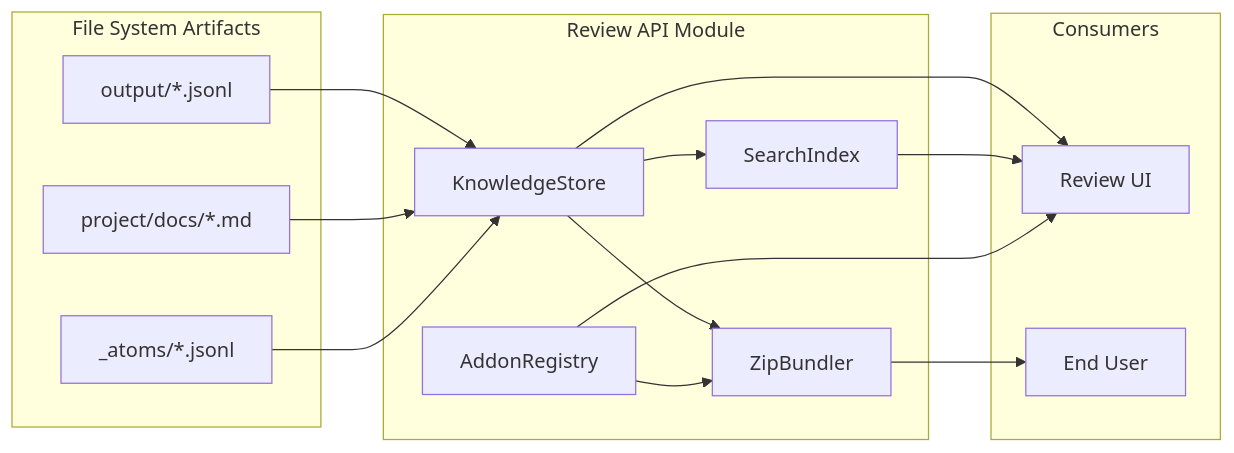
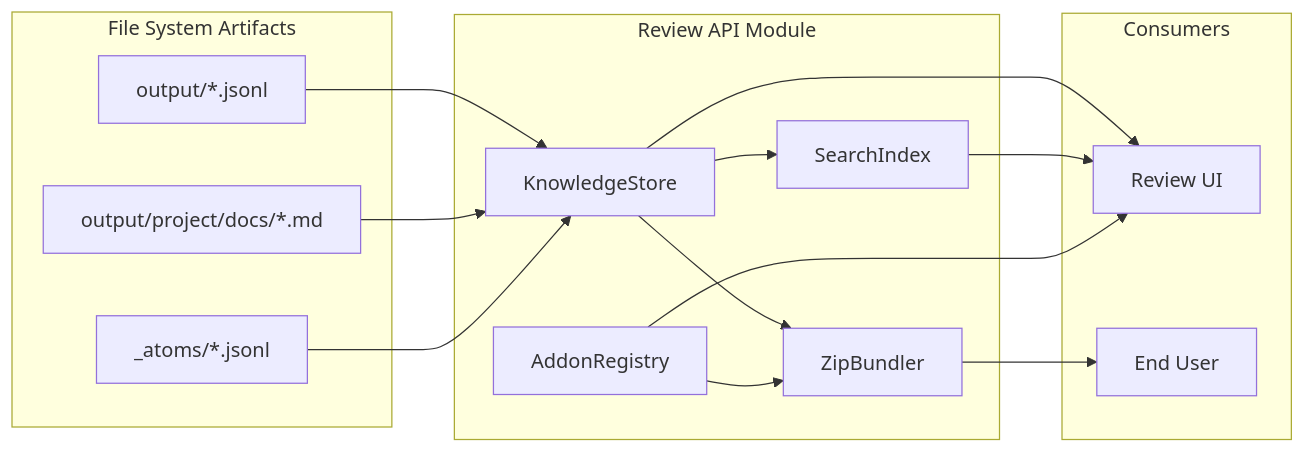
One commit to smwitkowski/chatgpt-conversation-knowledge-exporter changed the second of 2 diagrams in docs/review-api.md. Above: the diagram before and after it, drawn with Mermaid. The commit also changed other lines of this file and 64 other files, not shown here.

````diff
--- a/docs/review-api.md
+++ b/docs/review-api.md
@@ -112,33 +112,33 @@
 ```mermaid
 flowchart LR
     subgraph FileSystem [File System Artifacts]
         Output[output/*.jsonl]
-        Docs[project/docs/*.md]
+        Docs[output/project/docs/*.md]
         Atoms[_atoms/*.jsonl]
     end
 
     subgraph ReviewAPI [Review API Module]
         Store[KnowledgeStore]
         Search[SearchIndex]
         Bundler[ZipBundler]
         Addons[AddonRegistry]
     end
 
     subgraph Consumers
         UI[Review UI]
         User[End User]
     end
 
     Output --> Store
     Docs --> Store
     Atoms --> Store
 
     Store --> Search
     Store --> Bundler
     Addons --> Bundler
 
     Store --> UI
     Search --> UI
     Addons --> UI
     Bundler --> User
 ```
````
